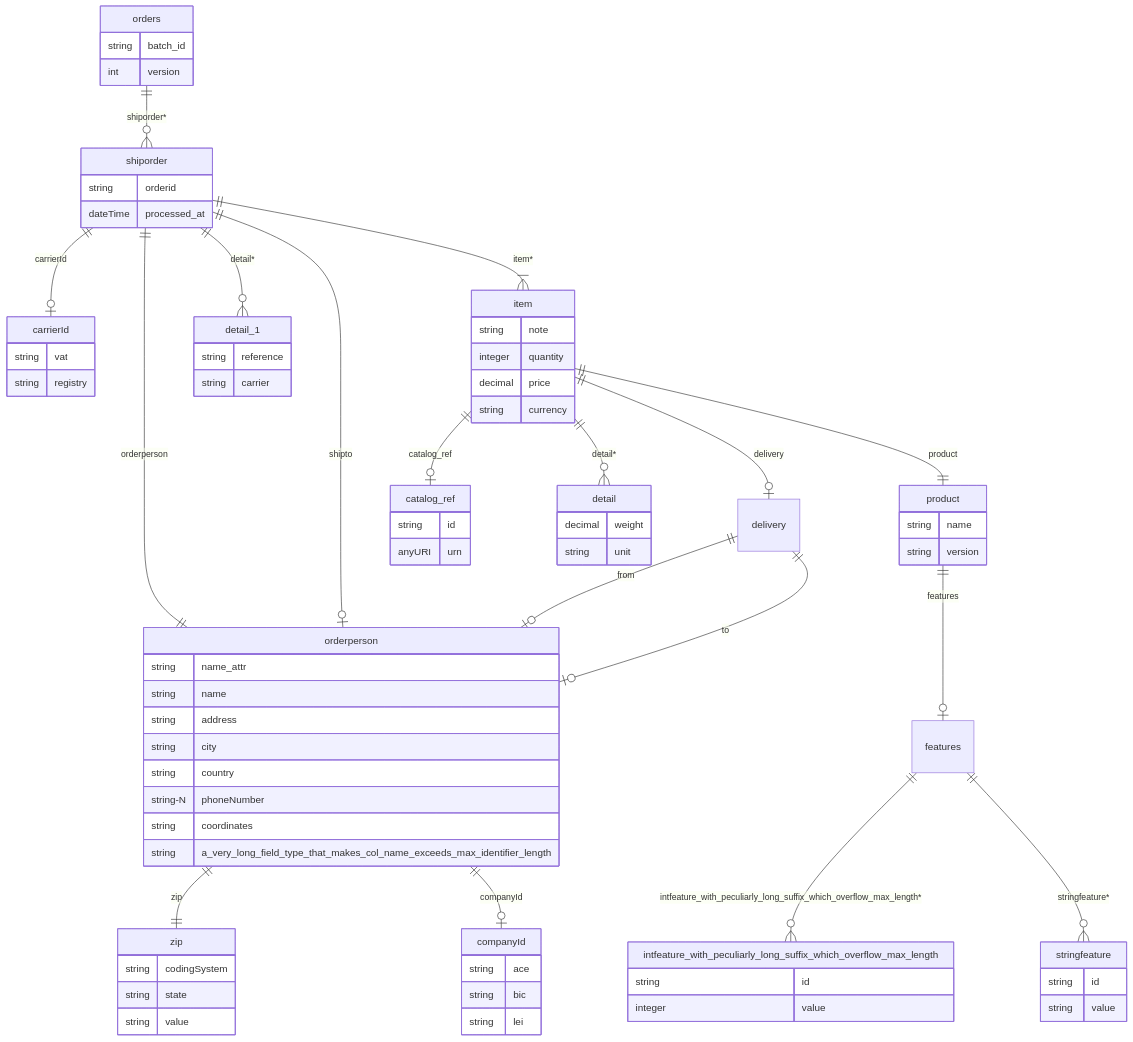
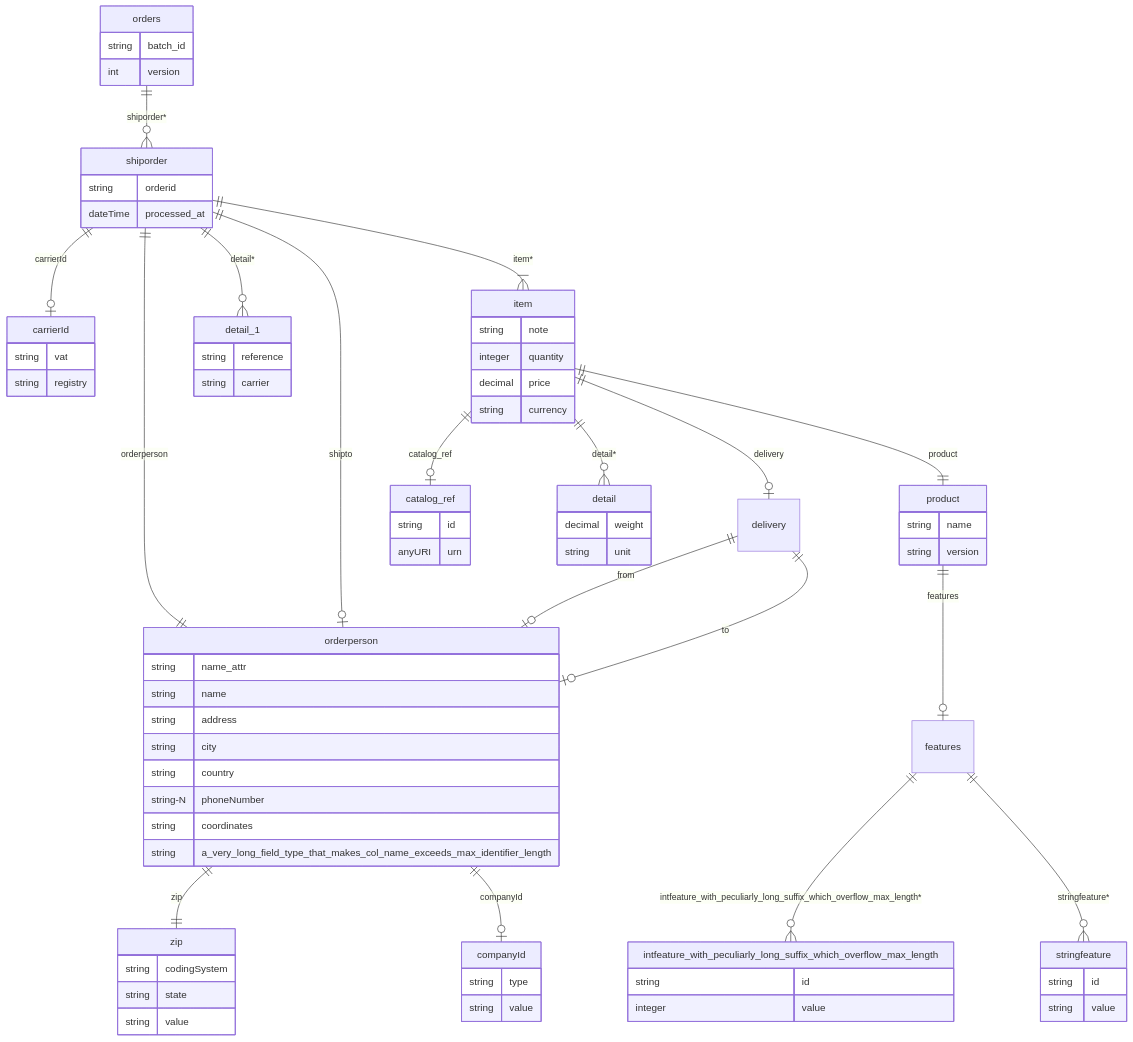
Before and after one commit to cre-dev/xml2db: the diagram in tests/sample_models/orders/orders_erd_version3.md, drawn with Mermaid. The commit also changed 11 other files, not shown here.

```diff
--- a/tests/sample_models/orders/orders_erd_version3.md
+++ b/tests/sample_models/orders/orders_erd_version3.md
@@ -66,9 +66,8 @@
         anyURI urn
     }
     companyId {
-        string ace
-        string bic
-        string lei
+        string type
+        string value
     }
     zip {
         string codingSystem
```
